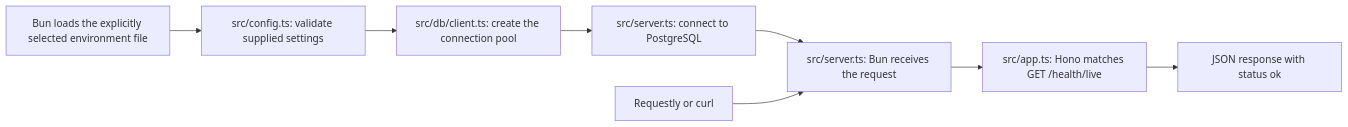
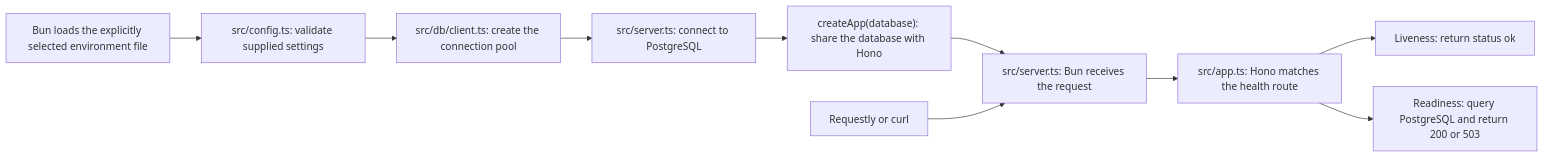
Before and after one commit to jaminwebdev/hono-drizzle-api: the diagram in README.md, drawn with Mermaid. The commit also changed other lines of this file and 7 other files, not shown here.

Commit message:
add readiness and graceful database shutdown

````diff
--- a/README.md
+++ b/README.md
@@ -66,10 +66,12 @@
 ```mermaid
 flowchart LR
     Bun["Bun loads the explicitly selected environment file"] --> Config["src/config.ts: validate supplied settings"]
     Config --> Database["src/db/client.ts: create the connection pool"]
     Database --> Connect["src/server.ts: connect to PostgreSQL"]
-    Connect --> Server
+    Connect --> App["createApp(database): share the database with Hono"]
+    App --> Server
     Client[Requestly or curl] --> Server["src/server.ts: Bun receives the request"]
-    Server --> App["src/app.ts: Hono matches GET /health/live"]
-    App --> Response["JSON response with status ok"]
+    Server --> Routes["src/app.ts: Hono matches the health route"]
+    Routes --> Live["Liveness: return status ok"]
+    Routes --> Ready["Readiness: query PostgreSQL and return 200 or 503"]
 ```
````
